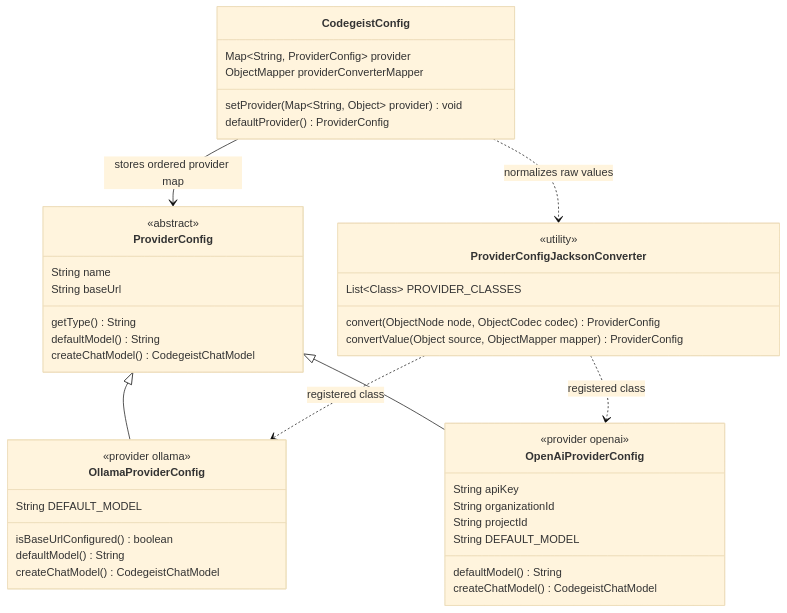
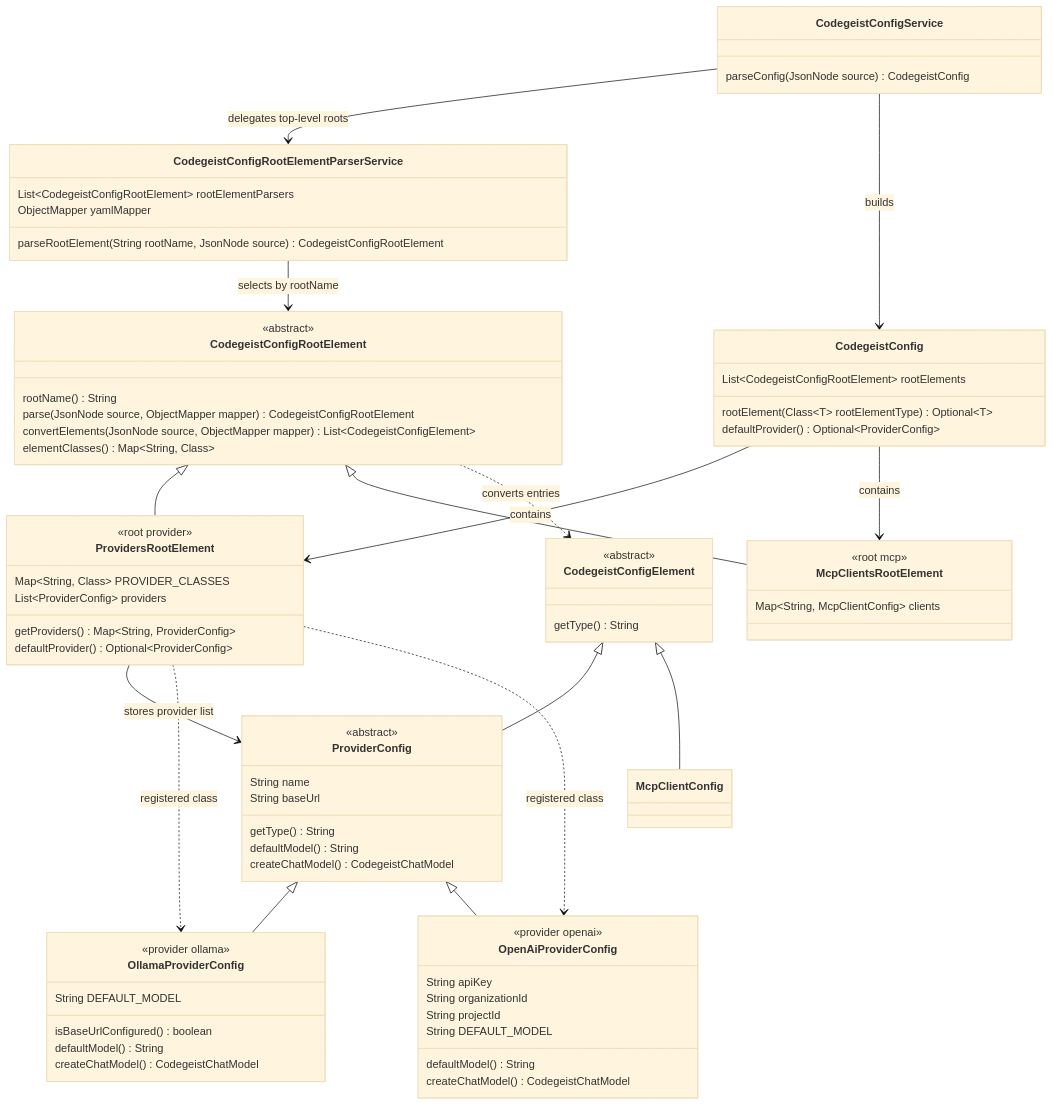
The first of 5 diagrams in docs/developer/architecture/provider-configuration.md (codegeist-ai/codegeist), drawn with Mermaid (base theme) before and after one commit. The commit also changed other lines of this file and 48 other files, not shown here.

First line of the commit message:
feat(config): add generic root element parsing

````diff
--- a/docs/developer/architecture/provider-configuration.md
+++ b/docs/developer/architecture/provider-configuration.md
@@ -106,10 +131,45 @@
 ```mermaid
 classDiagram
     class CodegeistConfig {
-      Map~String, ProviderConfig~ provider
-      ObjectMapper providerConverterMapper
-      setProvider(Map~String, Object~ provider) void
-      defaultProvider() ProviderConfig
+      List~CodegeistConfigRootElement~ rootElements
+      rootElement(Class~T~ rootElementType) Optional~T~
+      defaultProvider() Optional~ProviderConfig~
+    }
+
+    class CodegeistConfigElement {
+      <<abstract>>
+      getType() String
+    }
+
+    class CodegeistConfigRootElement {
+      <<abstract>>
+      rootName() String
+      parse(JsonNode source, ObjectMapper mapper) CodegeistConfigRootElement
+      convertElements(JsonNode source, ObjectMapper mapper) List~CodegeistConfigElement~
+      elementClasses() Map~String, Class~
+    }
+
+    class CodegeistConfigService {
+      parseConfig(JsonNode source) CodegeistConfig
+    }
+
+    class CodegeistConfigRootElementParserService {
+      List~CodegeistConfigRootElement~ rootElementParsers
+      ObjectMapper yamlMapper
+      parseRootElement(String rootName, JsonNode source) CodegeistConfigRootElement
+    }
+
+    class ProvidersRootElement {
+      <<root provider>>
+      Map~String, Class~ PROVIDER_CLASSES
+      List~ProviderConfig~ providers
+      getProviders() Map~String, ProviderConfig~
+      defaultProvider() Optional~ProviderConfig~
+    }
+
+    class McpClientsRootElement {
+      <<root mcp>>
+      Map~String, McpClientConfig~ clients
     }
 
     class ProviderConfig {
@@ -119,13 +179,6 @@
       getType() String
       defaultModel() String
       createChatModel() CodegeistChatModel
-    }
-
-    class ProviderConfigJacksonConverter {
-      <<utility>>
-      List~Class~ PROVIDER_CLASSES
-      convert(ObjectNode node, ObjectCodec codec) ProviderConfig
-      convertValue(Object source, ObjectMapper mapper) ProviderConfig
     }
 
     class OllamaProviderConfig {
@@ -146,10 +199,19 @@
       createChatModel() CodegeistChatModel
     }
 
-    CodegeistConfig --> ProviderConfig : stores ordered provider map
-    CodegeistConfig ..> ProviderConfigJacksonConverter : normalizes raw values
+    CodegeistConfigService --> CodegeistConfigRootElementParserService : delegates top-level roots
+    CodegeistConfigRootElementParserService --> CodegeistConfigRootElement : selects by rootName
+    CodegeistConfigService --> CodegeistConfig : builds
+    CodegeistConfig --> ProvidersRootElement : contains
+    CodegeistConfig --> McpClientsRootElement : contains
+    CodegeistConfigRootElement <|-- ProvidersRootElement
+    CodegeistConfigRootElement <|-- McpClientsRootElement
+    ProvidersRootElement --> ProviderConfig : stores provider list
+    CodegeistConfigRootElement ..> CodegeistConfigElement : converts entries
+    CodegeistConfigElement <|-- ProviderConfig
+    CodegeistConfigElement <|-- McpClientConfig
     ProviderConfig <|-- OllamaProviderConfig
     ProviderConfig <|-- OpenAiProviderConfig
-    ProviderConfigJacksonConverter ..> OllamaProviderConfig : registered class
-    ProviderConfigJacksonConverter ..> OpenAiProviderConfig : registered class
+    ProvidersRootElement ..> OllamaProviderConfig : registered class
+    ProvidersRootElement ..> OpenAiProviderConfig : registered class
 ```
````
